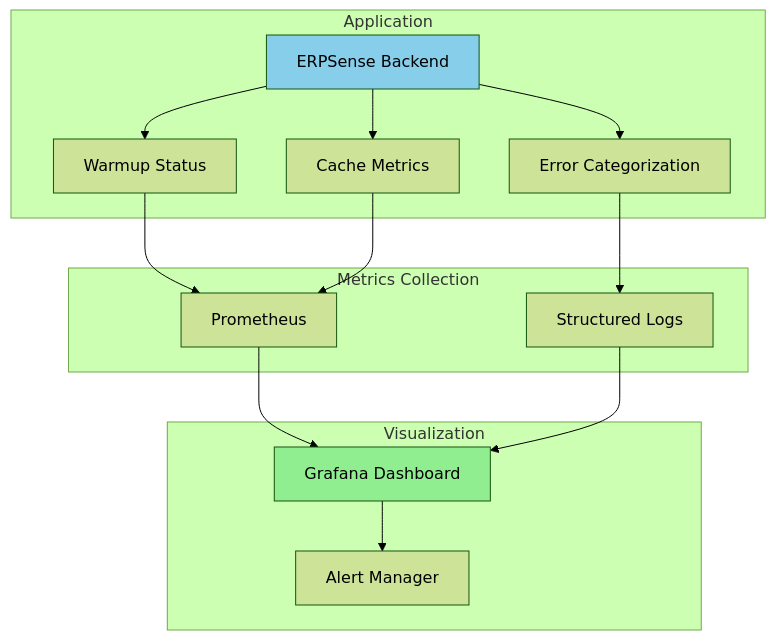
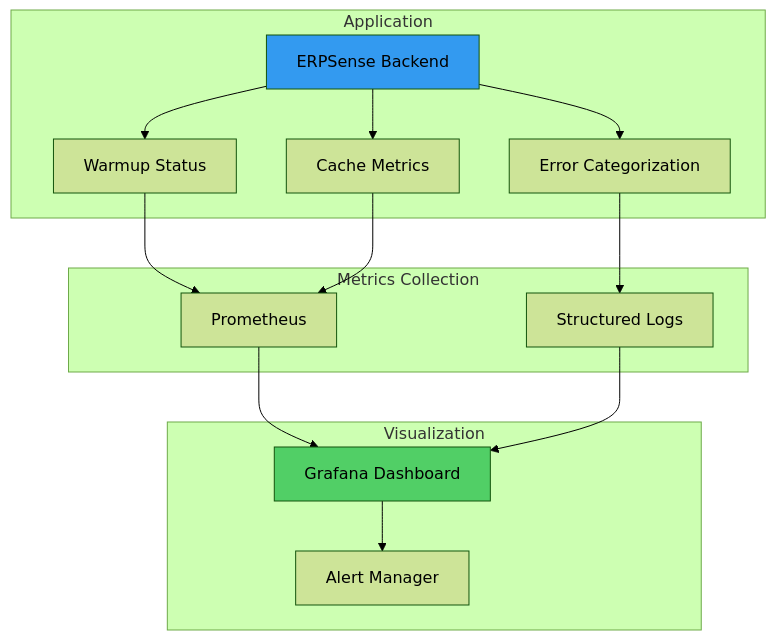
Diagram 18 of 21 in latency_fix_plan/latency.md (manumishra-zm/execution_plan), drawn with Mermaid (forest theme) before and after one commit. The commit also changed other lines of this file, not shown here.

````diff
--- a/latency_fix_plan/latency.md
+++ b/latency_fix_plan/latency.md
@@ -1260,34 +1260,34 @@
 ```mermaid
 graph TB
     subgraph "Application"
         App[ERPSense Backend]
         Warmup[Warmup Status]
         Cache[Cache Metrics]
         Errors[Error Categorization]
     end
 
     subgraph "Metrics Collection"
         Prom[Prometheus]
         Logs[Structured Logs]
     end
 
     subgraph "Visualization"
         Grafana[Grafana Dashboard]
         Alerts[Alert Manager]
     end
 
     App --> Warmup
     App --> Cache
     App --> Errors
 
     Warmup --> Prom
     Cache --> Prom
     Errors --> Logs
 
     Prom --> Grafana
     Logs --> Grafana
     Grafana --> Alerts
 
-    style App fill:#87CEEB
-    style Grafana fill:#90EE90
+    style App fill:#339af0
+    style Grafana fill:#51cf66
 ```
````
